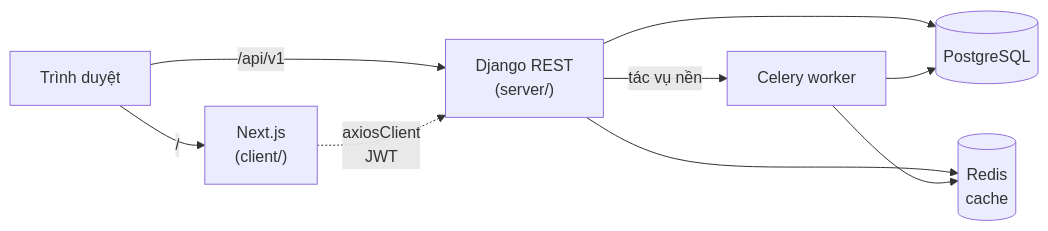
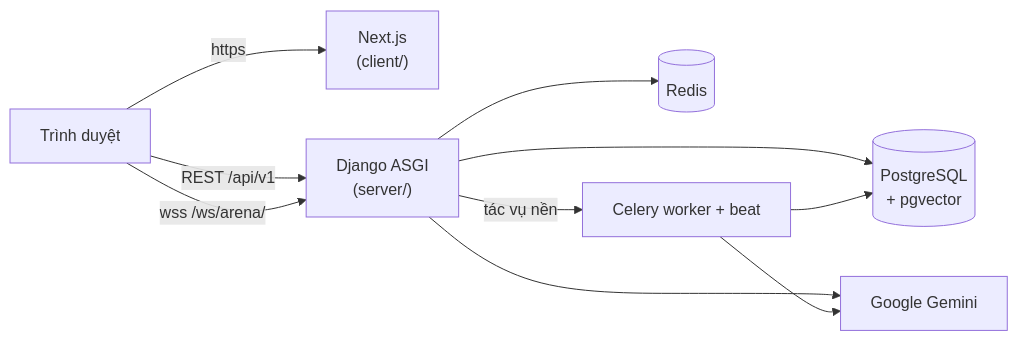
One commit to nguyenphat006/gia-su-ai changed the diagram in README.md. Above: the diagram before and after it, drawn with Mermaid. The commit also changed other lines of this file, not shown here.

````diff
--- a/README.md
+++ b/README.md
@@ -69,11 +57,12 @@
 ```mermaid
 flowchart LR
-    Browser["Trình duyệt"] -->|"/"| Web["Next.js<br/>(client/)"]
-    Browser -->|"/api/v1"| API["Django REST<br/>(server/)"]
-    Web -.->|"axiosClient<br/>JWT"| API
-    API --> PG[("PostgreSQL")]
-    API --> Redis[("Redis<br/>cache")]
-    API -->|"tác vụ nền"| Worker["Celery worker"]
-    Worker --> Redis
+    Browser["Trình duyệt"] -->|"https"| Web["Next.js<br/>(client/)"]
+    Browser -->|"REST /api/v1"| API["Django ASGI<br/>(server/)"]
+    Browser -->|"wss /ws/arena/"| API
+    API --> PG[("PostgreSQL<br/>+ pgvector")]
+    API --> Redis[("Redis")]
+    API -->|"tác vụ nền"| Worker["Celery worker + beat"]
+    API --> Gemini["Google Gemini"]
+    Worker --> Gemini
     Worker --> PG
 ```
````
